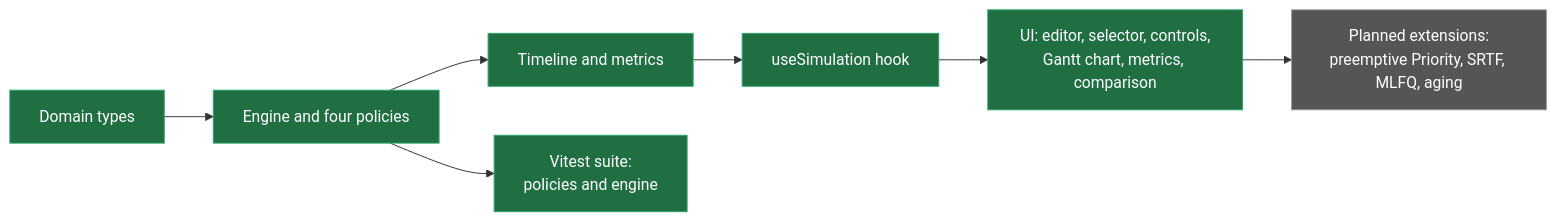
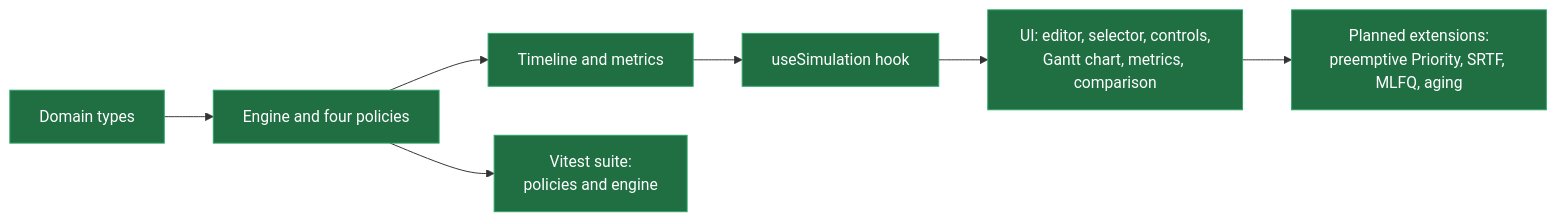
Before and after one commit to ahmedmedhat-se/cpu-process-scheduling-app: the eighth of 9 diagrams in README.md, drawn with Mermaid. The commit also changed other lines of this file, not shown here.

Commit message:
docs: modifying README.md with OS concepts, architecture, and design decisions

````diff
--- a/README.md
+++ b/README.md
@@ -309,16 +309,16 @@
 ```mermaid
 flowchart LR
     D["Domain types"] --> E["Engine and four policies"]
     E --> T["Timeline and metrics"]
     T --> H["useSimulation hook"]
     H --> U["UI: editor, selector, controls,<br/>Gantt chart, metrics, comparison"]
     E --> V["Vitest suite:<br/>policies and engine"]
     U --> X["Planned extensions:<br/>preemptive Priority, SRTF, MLFQ, aging"]
     style D fill:#1f6f43,stroke:#2ea66a,color:#ffffff
     style E fill:#1f6f43,stroke:#2ea66a,color:#ffffff
     style T fill:#1f6f43,stroke:#2ea66a,color:#ffffff
     style H fill:#1f6f43,stroke:#2ea66a,color:#ffffff
     style U fill:#1f6f43,stroke:#2ea66a,color:#ffffff
     style V fill:#1f6f43,stroke:#2ea66a,color:#ffffff
-    style X fill:#555555,stroke:#999999,color:#ffffff
+    style X fill:#1f6f43,stroke:#2ea66a,color:#ffffff
 ```
````
